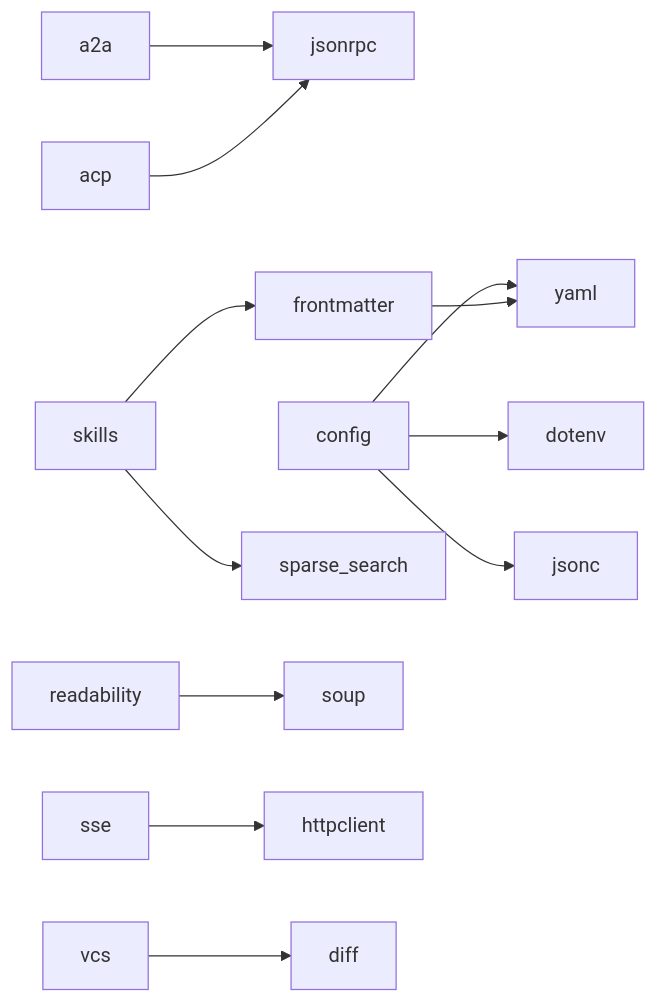
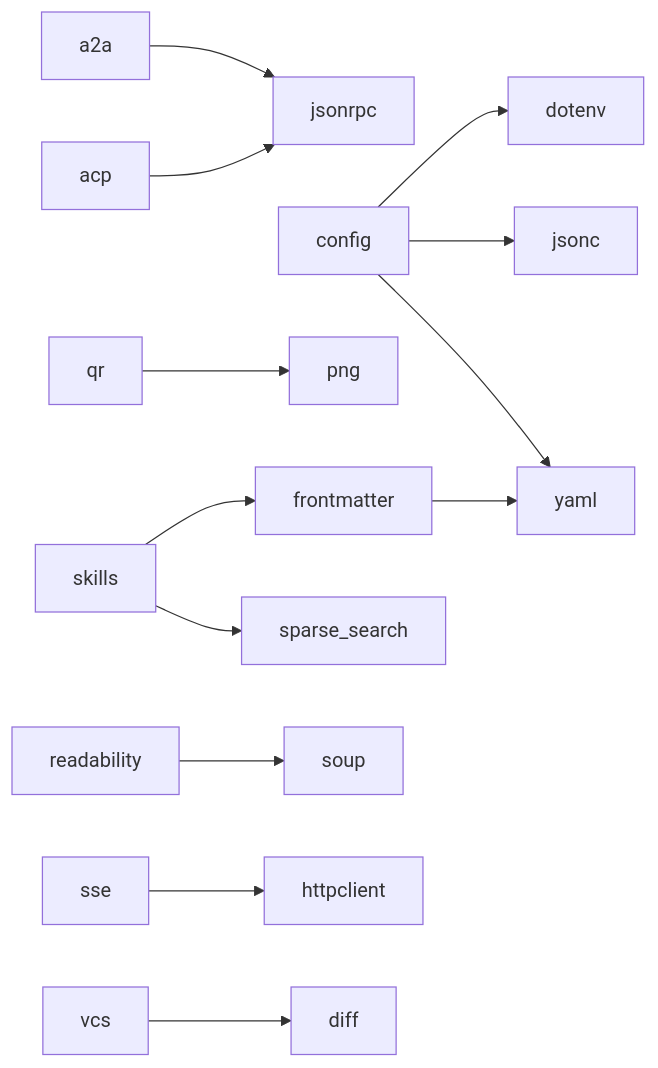
One commit to Oaklight/zerodep changed the diagram in docs/modules/index.md. Above: the diagram before and after it, drawn with Mermaid. The commit also changed other lines of this file and 1 other file, not shown here.

````diff
--- a/docs/modules/index.md
+++ b/docs/modules/index.md
@@ -149,14 +151,15 @@
 ```mermaid
 graph LR
     a2a --> jsonrpc
     acp --> jsonrpc
     config --> dotenv
+    config --> jsonc
     config --> yaml
-    config --> jsonc
     frontmatter --> yaml
+    qr --> png
+    readability --> soup
     skills --> frontmatter
     skills --> sparse_search
-    readability --> soup
     sse --> httpclient
     vcs --> diff
 ```
````
